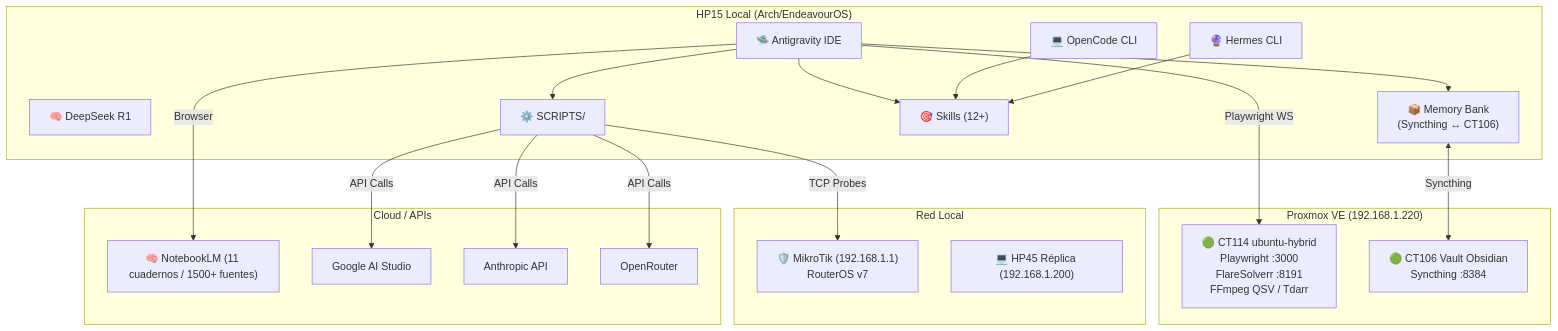
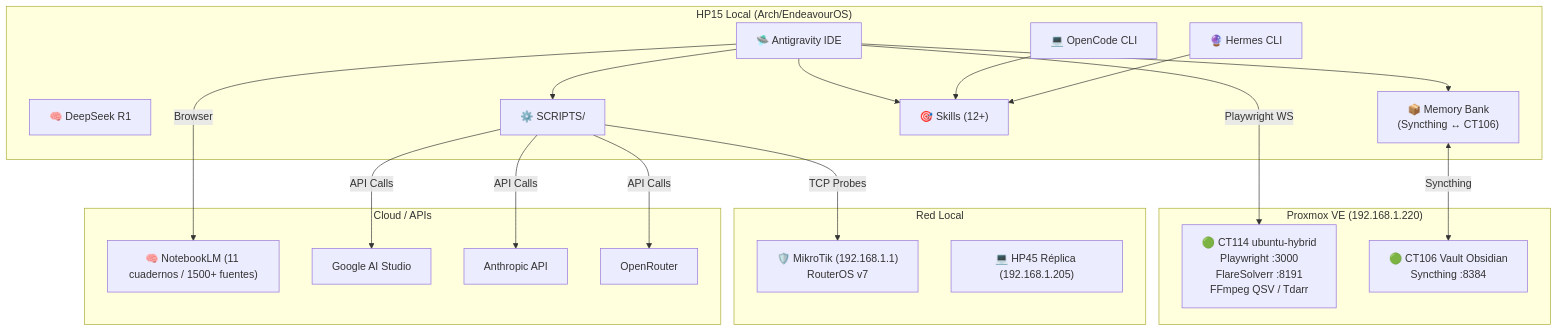
One commit to floydiamarkv-byte/floydia-skills changed the diagram in skills/f-opti-floydia/SKILL.md. Above: the diagram before and after it, drawn with Mermaid. The commit also changed 1 other file, not shown here.

Commit message:
fix(opti): corrige IP HP45 .200 -> .205 en f-opti-floydia
El host HP45 paso a 192.168.1.205 (coordenada corregida y propagada en 842
ficheros). Faltaba en la skill f-opti-floydia: diagrama de red y probe de
ecosistema seguian apuntando a .200.

- SKILL.md: diagrama Red Local
- scripts/ecosystem_probe.py: infra_targets y docstring

````diff
--- a/skills/f-opti-floydia/SKILL.md
+++ b/skills/f-opti-floydia/SKILL.md
@@ -274,42 +274,42 @@
 ```mermaid
 graph TB
     subgraph "HP15 Local (Arch/EndeavourOS)"
         AGY["🛸 Antigravity IDE"]
         OC["💻 OpenCode CLI"]
         HER["🔮 Hermes CLI"]
         DS["🧠 DeepSeek R1"]
         MB["📦 Memory Bank<br/>(Syncthing ↔ CT106)"]
         SCRIPTS["⚙️ SCRIPTS/"]
         SKILLS["🎯 Skills (12+)"]
     end
     
     subgraph "Proxmox VE (192.168.1.220)"
         CT114["🟢 CT114 ubuntu-hybrid<br/>Playwright :3000<br/>FlareSolverr :8191<br/>FFmpeg QSV / Tdarr"]
         CT106["🟢 CT106 Vault Obsidian<br/>Syncthing :8384"]
     end
     
     subgraph "Red Local"
         MK["🛡️ MikroTik (192.168.1.1)<br/>RouterOS v7"]
-        HP45["💻 HP45 Réplica (192.168.1.200)"]
+        HP45["💻 HP45 Réplica (192.168.1.205)"]
     end
     
     subgraph "Cloud / APIs"
         NLM["🧠 NotebookLM (11 cuadernos / 1500+ fuentes)"]
         GAPI["Google AI Studio"]
         ANTH["Anthropic API"]
         OR["OpenRouter"]
     end
     
     AGY --> MB
     AGY --> SCRIPTS
     AGY --> SKILLS
     OC --> SKILLS
     HER --> SKILLS
     MB <-->|Syncthing| CT106
     AGY -->|Playwright WS| CT114
     AGY -->|Browser| NLM
     SCRIPTS -->|TCP Probes| MK
     SCRIPTS -->|API Calls| GAPI
     SCRIPTS -->|API Calls| ANTH
     SCRIPTS -->|API Calls| OR
 ```
````
